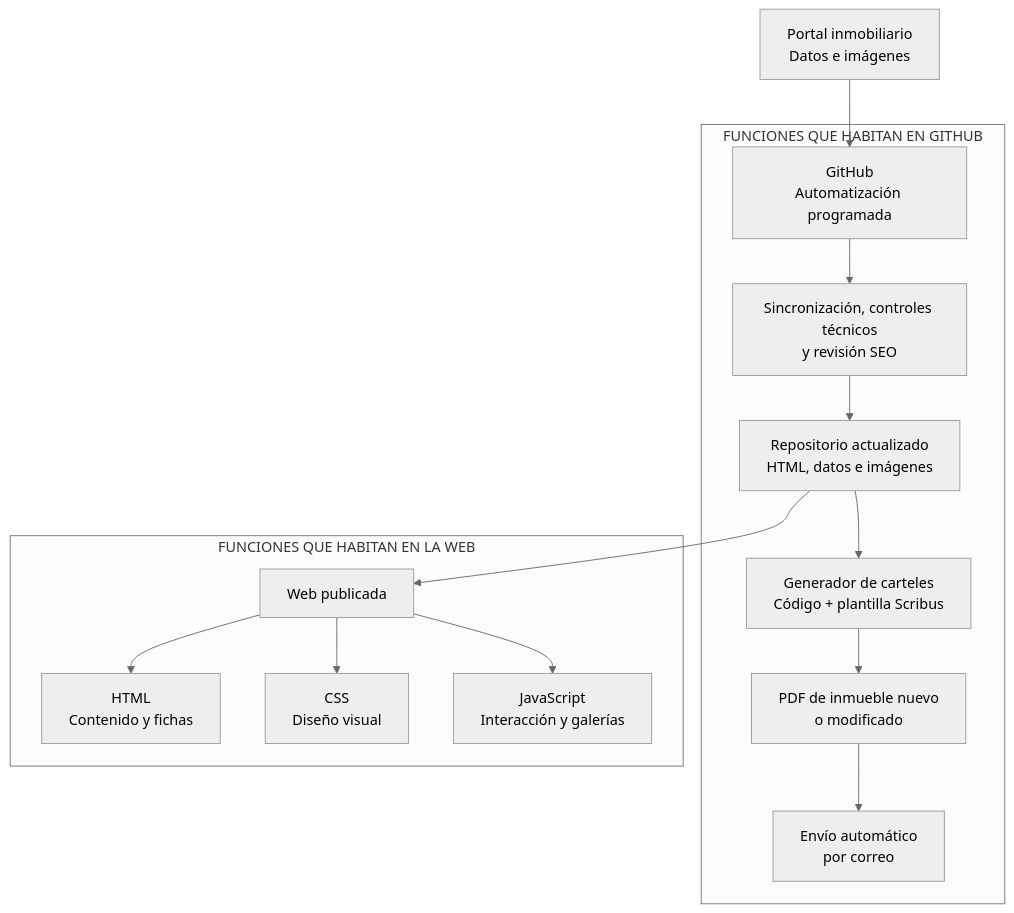
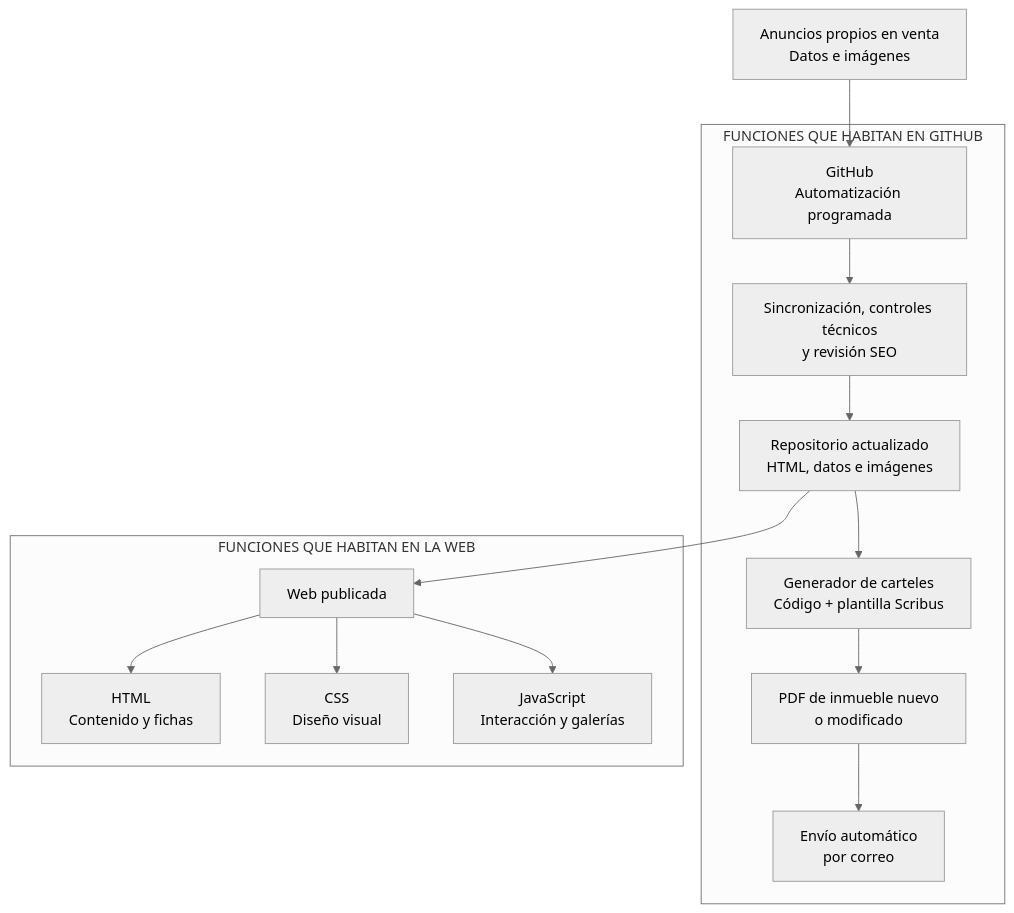
One commit to Caracolamn/inmoGL changed the diagram in docs/ARQUITECTURA_AUTOMATIZACION_INMOGL_WEB_GITHUB_SCRIBUS_PDF.md. Above: the diagram before and after it, drawn with Mermaid (neutral theme). The commit also changed other lines of this file and 2 other files, not shown here.

````diff
--- a/docs/ARQUITECTURA_AUTOMATIZACION_INMOGL_WEB_GITHUB_SCRIBUS_PDF.md
+++ b/docs/ARQUITECTURA_AUTOMATIZACION_INMOGL_WEB_GITHUB_SCRIBUS_PDF.md
@@ -12,19 +12,19 @@
 ```mermaid
 flowchart TD
-    A["Portal inmobiliario<br/>Datos e imágenes"] --> B["GitHub<br/>Automatización programada"]
+    A["Anuncios propios en venta<br/>Datos e imágenes"] --> B["GitHub<br/>Automatización programada"]
 
     subgraph G["FUNCIONES QUE HABITAN EN GITHUB"]
         B --> C["Sincronización, controles técnicos<br/>y revisión SEO"]
         C --> D["Repositorio actualizado<br/>HTML, datos e imágenes"]
         D --> E["Generador de carteles<br/>Código + plantilla Scribus"]
         E --> F["PDF de inmueble nuevo<br/>o modificado"]
         F --> H["Envío automático<br/>por correo"]
     end
 
     subgraph W["FUNCIONES QUE HABITAN EN LA WEB"]
         D --> I["Web publicada"]
         I --> J["HTML<br/>Contenido y fichas"]
         I --> K["CSS<br/>Diseño visual"]
         I --> L["JavaScript<br/>Interacción y galerías"]
     end
 ```
````
